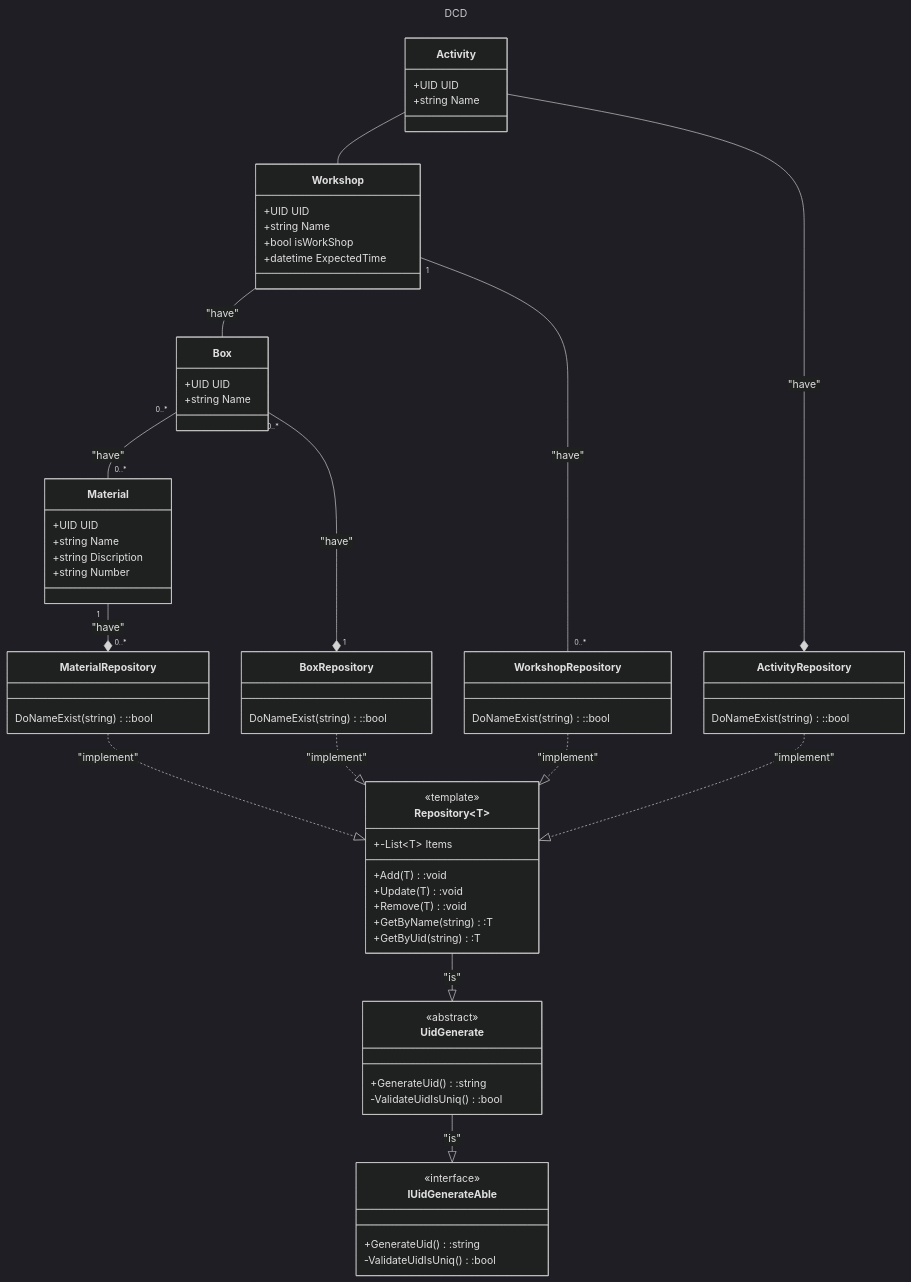
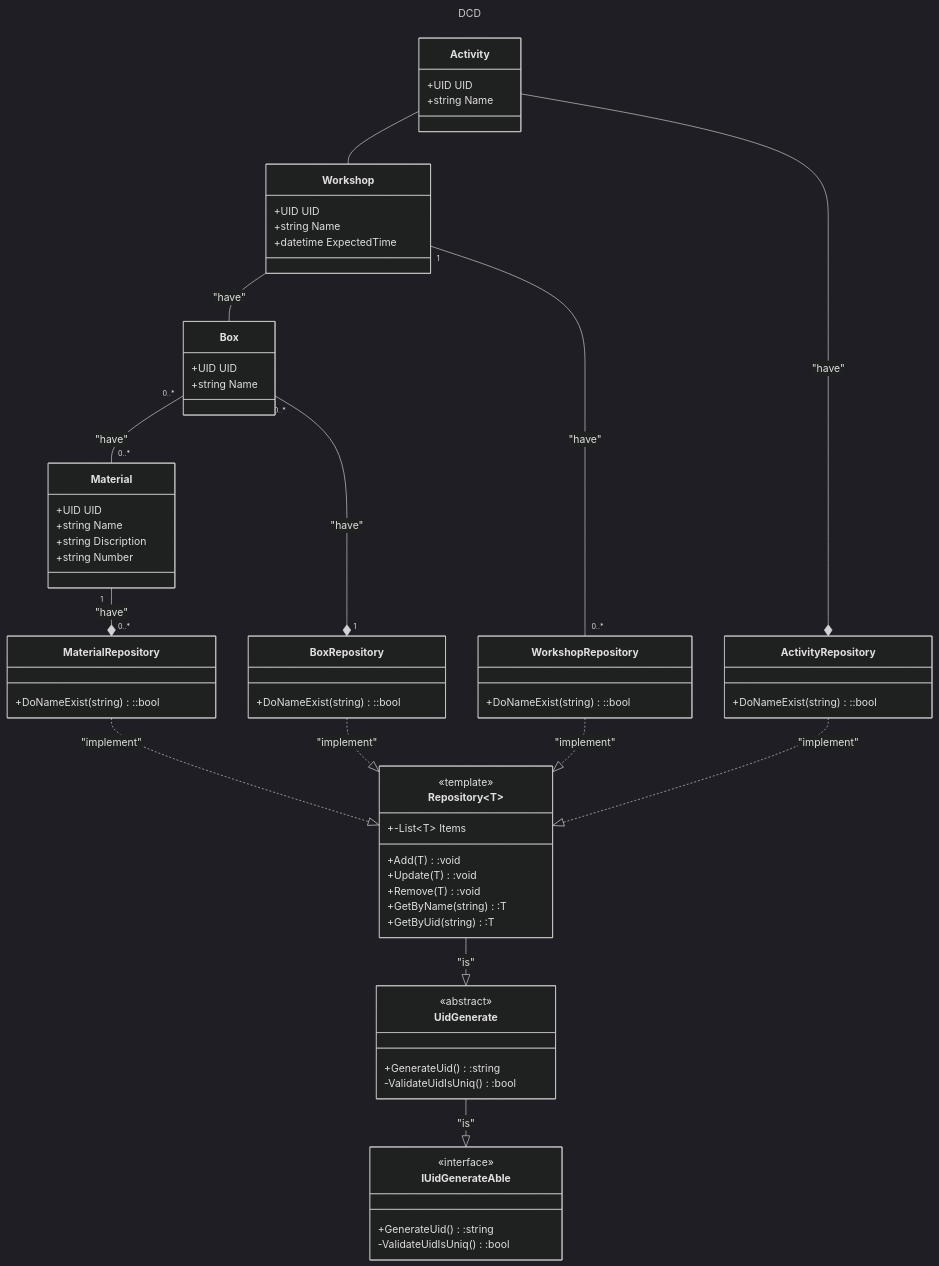
One commit to DMOoF25-Team-11-2/GettingReal changed the diagram in documentation/DCD.mmd. Above: the diagram before and after it, drawn with Mermaid.

Commit message:
Delete isWorkShop

```diff
--- a/documentation/DCD.mmd
+++ b/documentation/DCD.mmd
@@ -1,77 +1,76 @@
 ---
 config:
   theme: dark
   look: classic
   layout: dagre
 title: DCD
 ---
 classDiagram
 direction TB
     class Activity {
 	    +UID UID
 	    +string Name
     }
 
     class Workshop {
         +UID UID
 	    +string Name
-        +bool isWorkShop
 	    +datetime ExpectedTime
     }
 
     class Box {
 	    +UID UID
 	    +string Name
     }
     class Material {
 	    +UID UID
 	    +string Name
 	    +string Discription
 	    +string Number
     }
     class MaterialRepository {
-        DoNameExist(string)::bool
+        +DoNameExist(string)::bool
     }
     class BoxRepository {
-        DoNameExist(string)::bool
+        +DoNameExist(string)::bool
     }
     class WorkshopRepository {
-        DoNameExist(string)::bool
+        +DoNameExist(string)::bool
     }
     class ActivityRepository {
-        DoNameExist(string)::bool
+        +DoNameExist(string)::bool
     }
     class IUidGenerateAble {
 	    +GenerateUid() :string
 	    -ValidateUidIsUniq() :bool
     }
     class UidGenerate {
 	    +GenerateUid() :string
 	    -ValidateUidIsUniq() :bool
     }
     class Repository~T~ {
 	    +-List~T~ Items
 	    +Add(T) :void
 	    +Update(T) :void
 	    +Remove(T) :void
 	    +GetByName(string) :T
 	    +GetByUid(string) :T
     }
 
 	<<interface>> IUidGenerateAble
     <<abstract>> UidGenerate
 	<<template>> Repository
 
     Material "1" --* "0..*" MaterialRepository : "have"
     MaterialRepository ..|> Repository : "implement"
     Box "0..*" -- "0..*" Material : "have"
     Box "0..*" --* "1" BoxRepository : "have"
     BoxRepository ..|> Repository : "implement"
     Workshop "1" -- "0..*" WorkshopRepository : "have"
     WorkshopRepository ..|> Repository : "implement"
     Activity -- Workshop
     ActivityRepository ..|> Repository : "implement"
     Workshop -- Box : "have"
     Activity --* ActivityRepository : "have"
     Repository --|> UidGenerate : "is"
     UidGenerate --|> IUidGenerateAble : "is"
```
